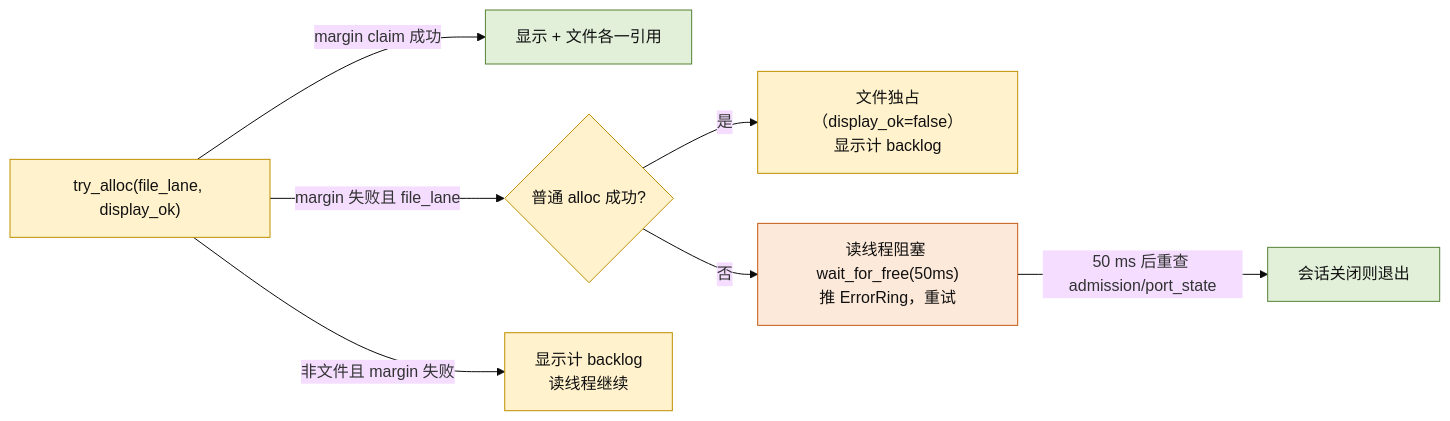
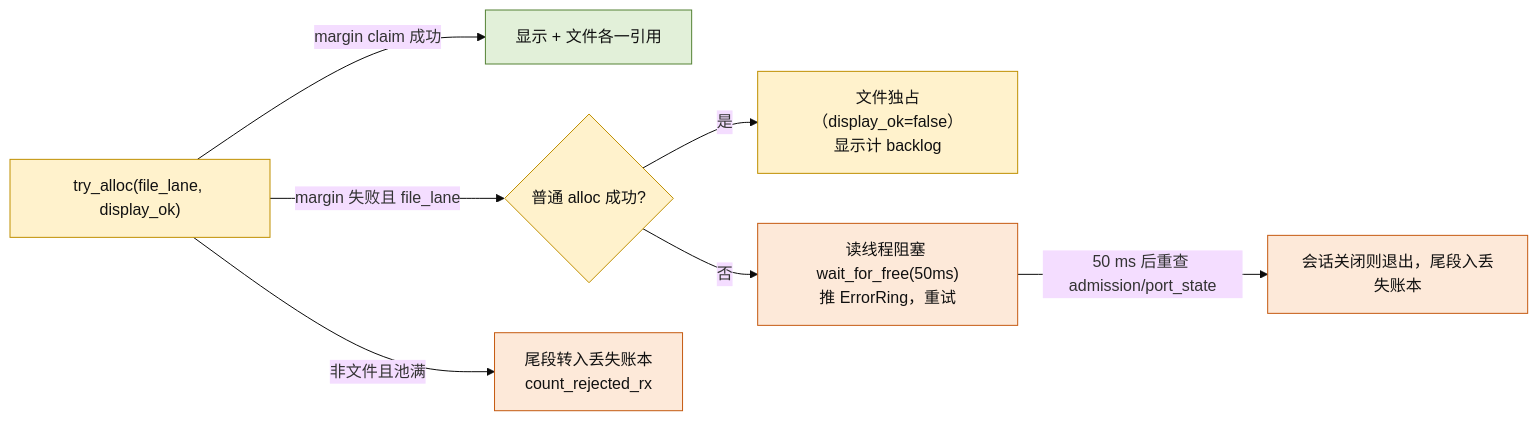
Before and after one commit to DeguiLiu/xcom_lua: the second of 2 diagrams in docs/design-rx-fanout.md, drawn with Mermaid. The commit also changed other lines of this file, not shown here.

````diff
--- a/docs/design-rx-fanout.md
+++ b/docs/design-rx-fanout.md
@@ -121,14 +131,14 @@
 ```mermaid
 %%{init: {'theme':'base','themeVariables':{'fontFamily':'monospace'}}}%%
 flowchart LR
   classDef ok fill:#E2F0D9,stroke:#548235,color:#111
   classDef warn fill:#FFF2CC,stroke:#BF8F00,color:#111
   classDef bad fill:#FDE9D9,stroke:#C55A11,color:#111
   A["try_alloc(file_lane, display_ok)"]:::warn
   A -->|"margin claim 成功"| B["显示 + 文件各一引用"]:::ok
   A -->|"margin 失败且 file_lane"| C{"普通 alloc 成功?"}:::warn
   C -->|"是"| D["文件独占（display_ok=false）<br/>显示计 backlog"]:::warn
   C -->|"否"| E["读线程阻塞 wait_for_free(50ms)<br/>推 ErrorRing，重试"]:::bad
-  A -->|"非文件且 margin 失败"| F["显示计 backlog<br/>读线程继续"]:::warn
-  E -->|"50 ms 后重查 admission/port_state"| G["会话关闭则退出"]:::ok
+  A -->|"非文件且池满"| F["尾段转入丢失账本<br/>count_rejected_rx"]:::bad
+  E -->|"50 ms 后重查 admission/port_state"| G["会话关闭则退出，尾段入丢失账本"]:::bad
 ```
````
